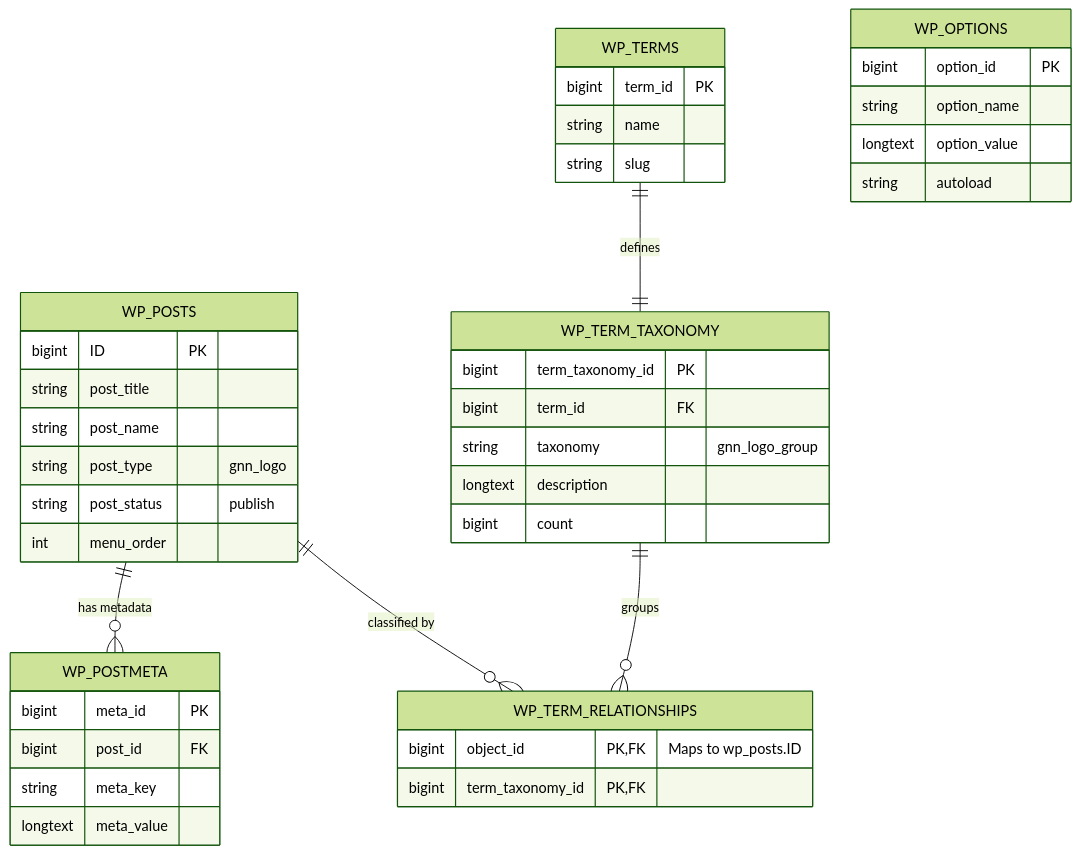
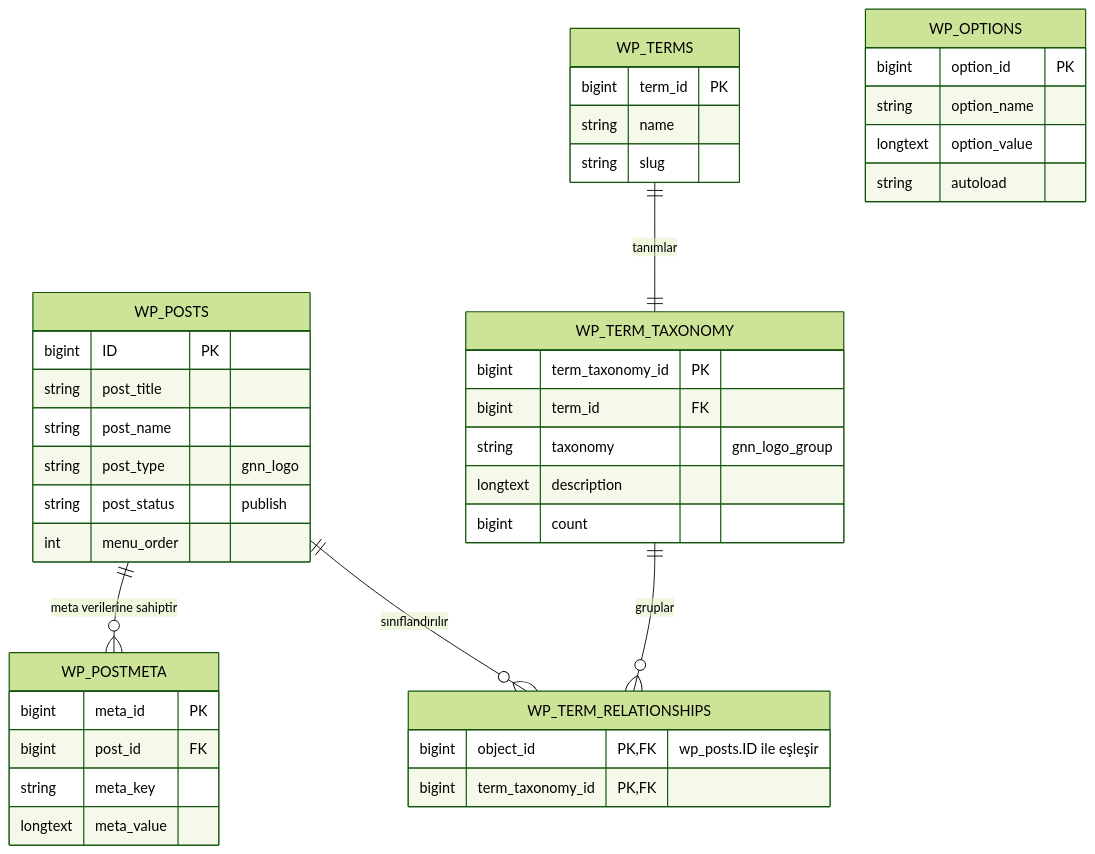
One commit to BigDesigner/gnn-logos changed the diagram in .documentation/data-dictionary.md. Above: the diagram before and after it, drawn with Mermaid (forest theme). The commit also changed other lines of this file and 5 other files, not shown here.

````diff
--- a/.documentation/data-dictionary.md
+++ b/.documentation/data-dictionary.md
@@ -12,49 +12,49 @@
 ```mermaid
 erDiagram
     WP_POSTS {
         bigint ID PK
         string post_title
         string post_name
         string post_type "gnn_logo"
         string post_status "publish"
         int menu_order
     }
 
     WP_POSTMETA {
         bigint meta_id PK
         bigint post_id FK
         string meta_key
         longtext meta_value
     }
 
     WP_TERMS {
         bigint term_id PK
         string name
         string slug
     }
 
     WP_TERM_TAXONOMY {
         bigint term_taxonomy_id PK
         bigint term_id FK
         string taxonomy "gnn_logo_group"
         longtext description
         bigint count
     }
 
     WP_TERM_RELATIONSHIPS {
-        bigint object_id PK,FK "Maps to wp_posts.ID"
+        bigint object_id PK,FK "wp_posts.ID ile eşleşir"
         bigint term_taxonomy_id PK,FK
     }
 
     WP_OPTIONS {
         bigint option_id PK
         string option_name
         longtext option_value
         string autoload
     }
 
-    WP_POSTS ||--o{ WP_POSTMETA : "has metadata"
-    WP_POSTS ||--o{ WP_TERM_RELATIONSHIPS : "classified by"
-    WP_TERM_TAXONOMY ||--o{ WP_TERM_RELATIONSHIPS : "groups"
-    WP_TERMS ||--|| WP_TERM_TAXONOMY : "defines"
+    WP_POSTS ||--o{ WP_POSTMETA : "meta verilerine sahiptir"
+    WP_POSTS ||--o{ WP_TERM_RELATIONSHIPS : "sınıflandırılır"
+    WP_TERM_TAXONOMY ||--o{ WP_TERM_RELATIONSHIPS : "gruplar"
+    WP_TERMS ||--|| WP_TERM_TAXONOMY : "tanımlar"
 ```
````
